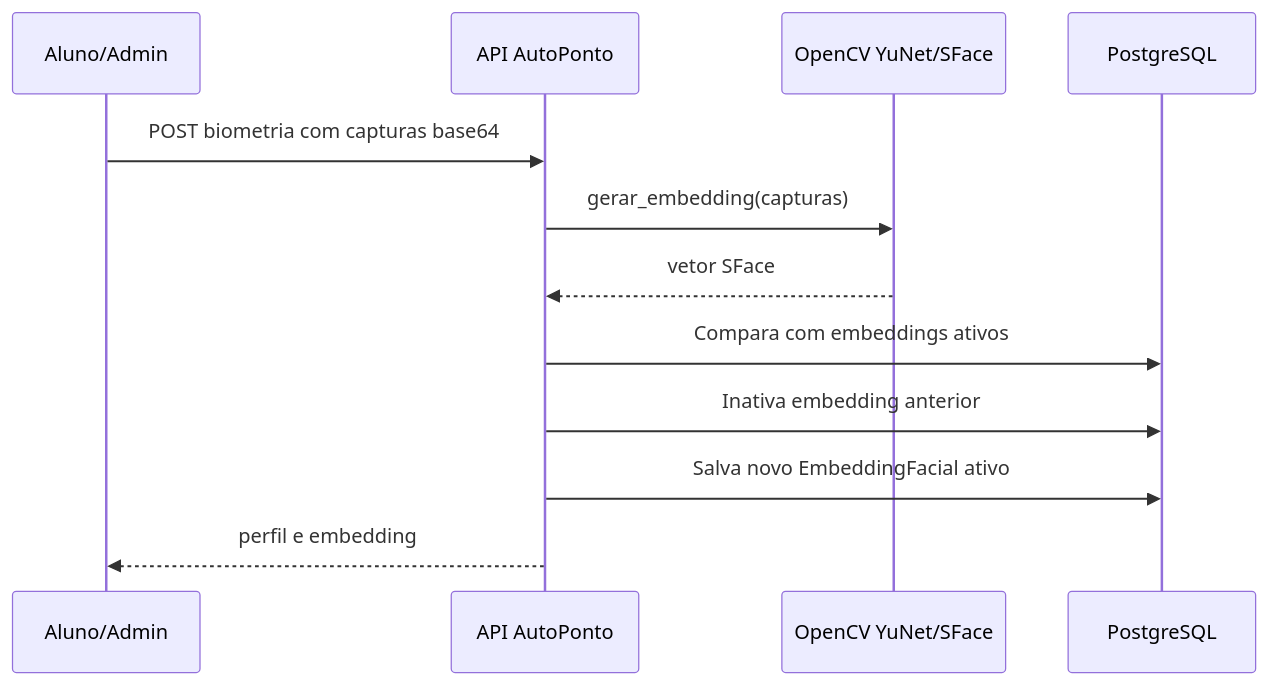
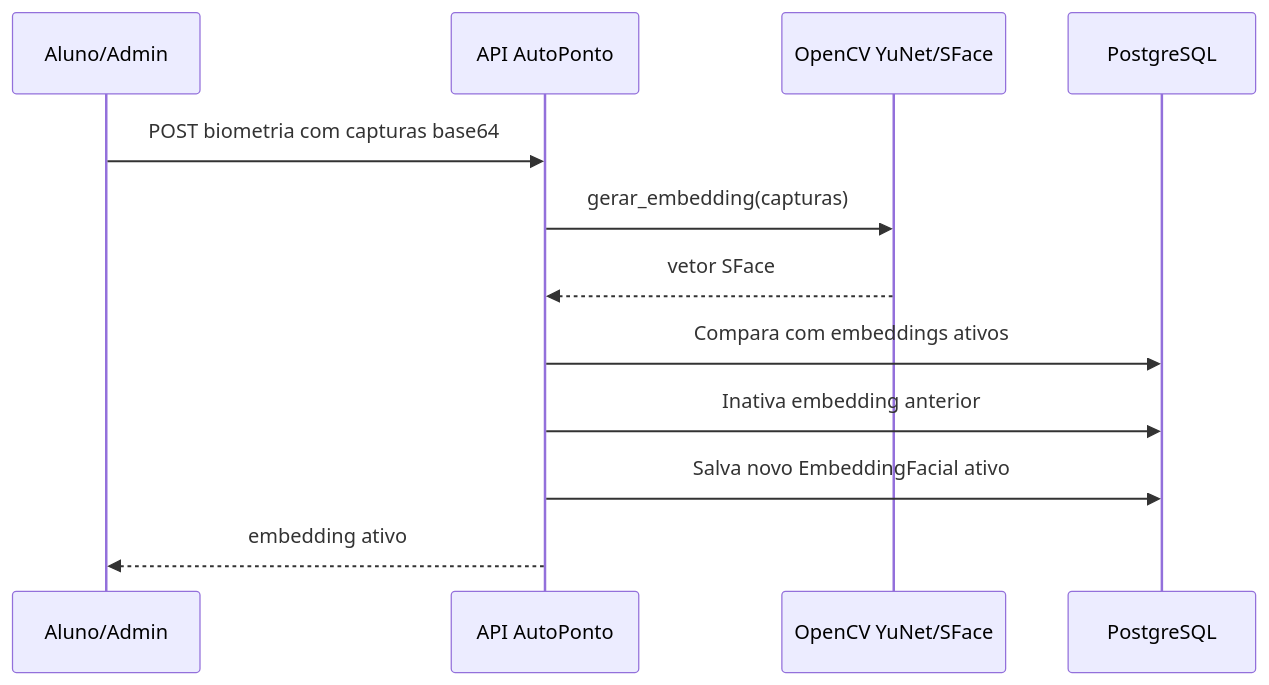
The eighth of 10 diagrams in autoponto-backend/docs/diagramas-tcc.md (DanielKGM/autoponto), drawn with Mermaid before and after one commit. The commit also changed other lines of this file and 14 other files, not shown here.

````diff
--- a/autoponto-backend/docs/diagramas-tcc.md
+++ b/autoponto-backend/docs/diagramas-tcc.md
@@ -167,15 +166,15 @@
 ```mermaid
 sequenceDiagram
     participant Usuario as Aluno/Admin
     participant API as API AutoPonto
     participant Visao as OpenCV YuNet/SFace
     participant DB as PostgreSQL
 
     Usuario->>API: POST biometria com capturas base64
     API->>Visao: gerar_embedding(capturas)
     Visao-->>API: vetor SFace
     API->>DB: Compara com embeddings ativos
     API->>DB: Inativa embedding anterior
     API->>DB: Salva novo EmbeddingFacial ativo
-    API-->>Usuario: perfil e embedding
+    API-->>Usuario: embedding ativo
 ```
````
